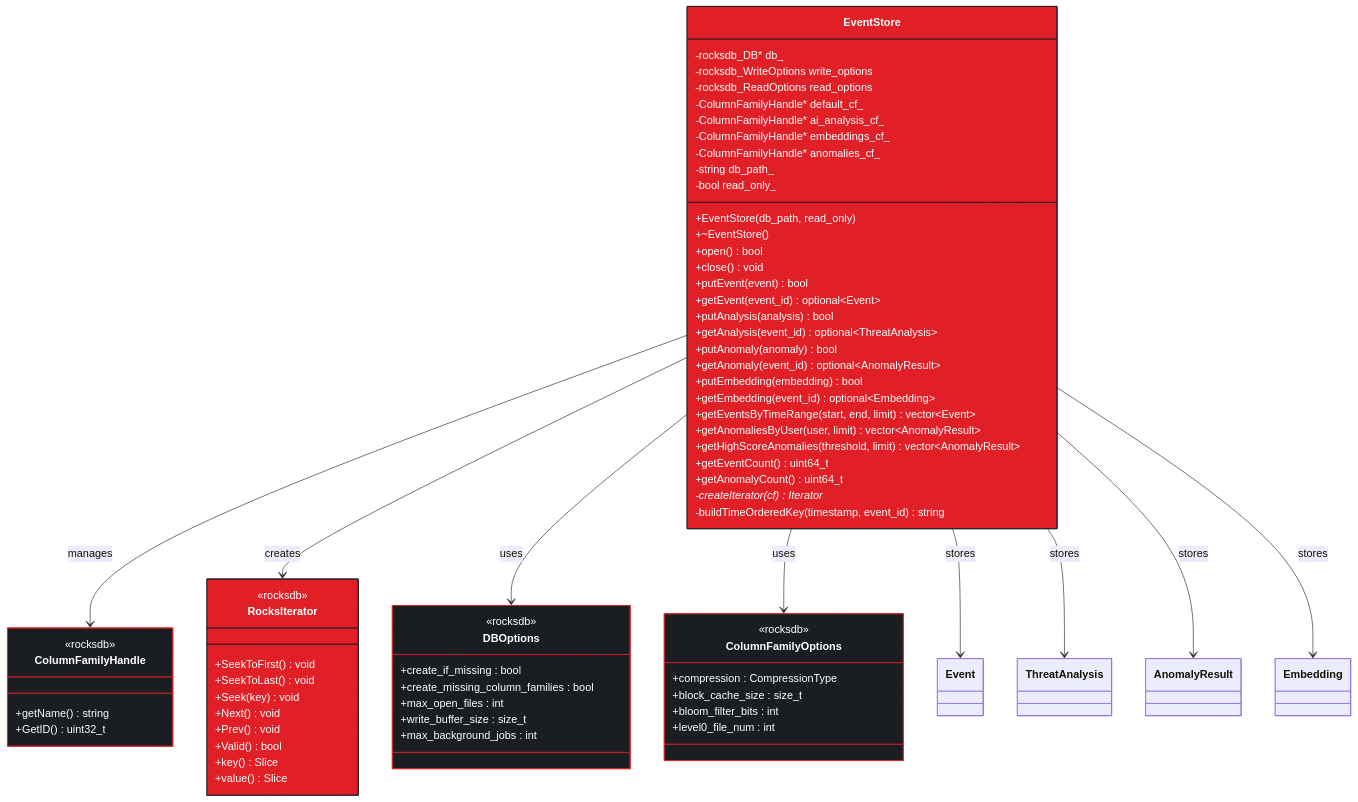
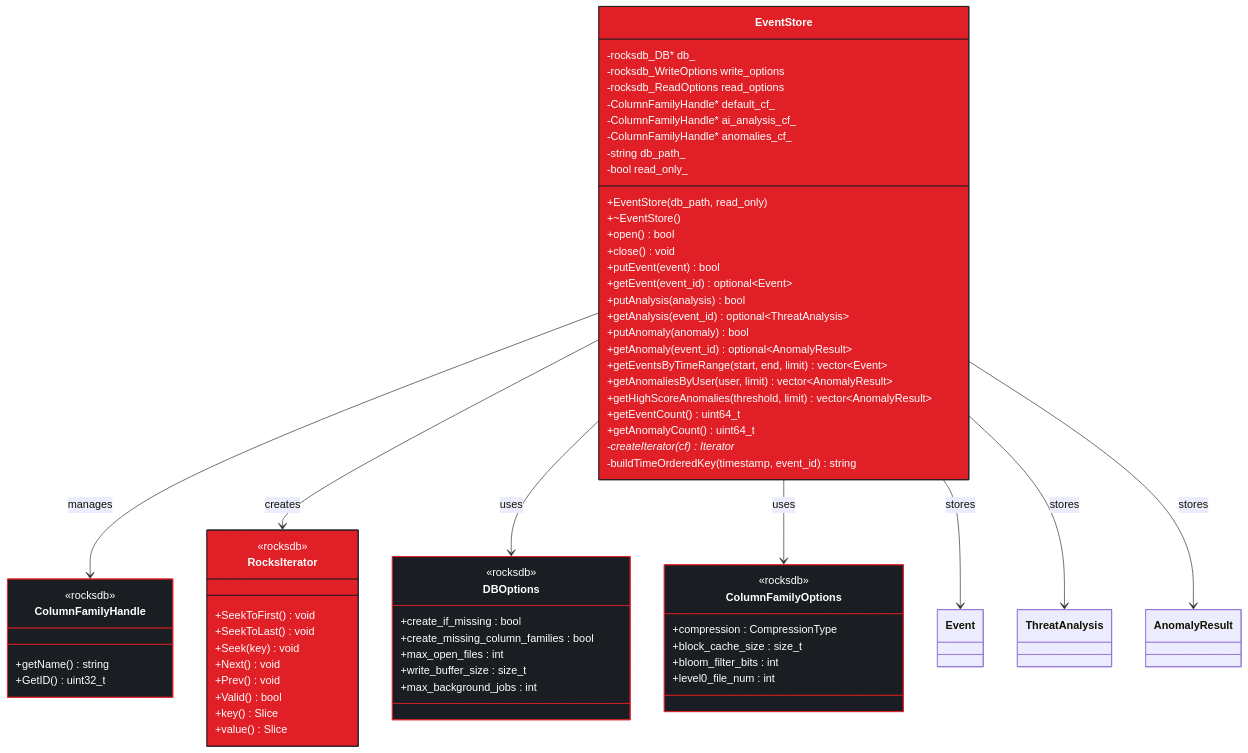
The fifth of 11 diagrams in docs/final/diagrams/CLASS_DIAGRAMS.md (joselor/streamguard), drawn with Mermaid before and after one commit. The commit also changed other lines of this file and 14 other files, not shown here.

```diff
--- a/docs/final/diagrams/CLASS_DIAGRAMS.md
+++ b/docs/final/diagrams/CLASS_DIAGRAMS.md
@@ -294,7 +283,6 @@
         -rocksdb_ReadOptions read_options
         -ColumnFamilyHandle* default_cf_
         -ColumnFamilyHandle* ai_analysis_cf_
-        -ColumnFamilyHandle* embeddings_cf_
         -ColumnFamilyHandle* anomalies_cf_
         -string db_path_
         -bool read_only_
@@ -308,8 +296,6 @@
         +getAnalysis(event_id) optional~ThreatAnalysis~
         +putAnomaly(anomaly) bool
         +getAnomaly(event_id) optional~AnomalyResult~
-        +putEmbedding(embedding) bool
-        +getEmbedding(event_id) optional~Embedding~
         +getEventsByTimeRange(start, end, limit) vector~Event~
         +getAnomaliesByUser(user, limit) vector~AnomalyResult~
         +getHighScoreAnomalies(threshold, limit) vector~AnomalyResult~
@@ -361,7 +347,6 @@
     EventStore --> Event : stores
     EventStore --> ThreatAnalysis : stores
     EventStore --> AnomalyResult : stores
-    EventStore --> Embedding : stores
 
     style EventStore fill:#E01F27,stroke:#1A1D21,color:#fff
     style ColumnFamilyHandle fill:#1A1D21,stroke:#E01F27,color:#fff
```
